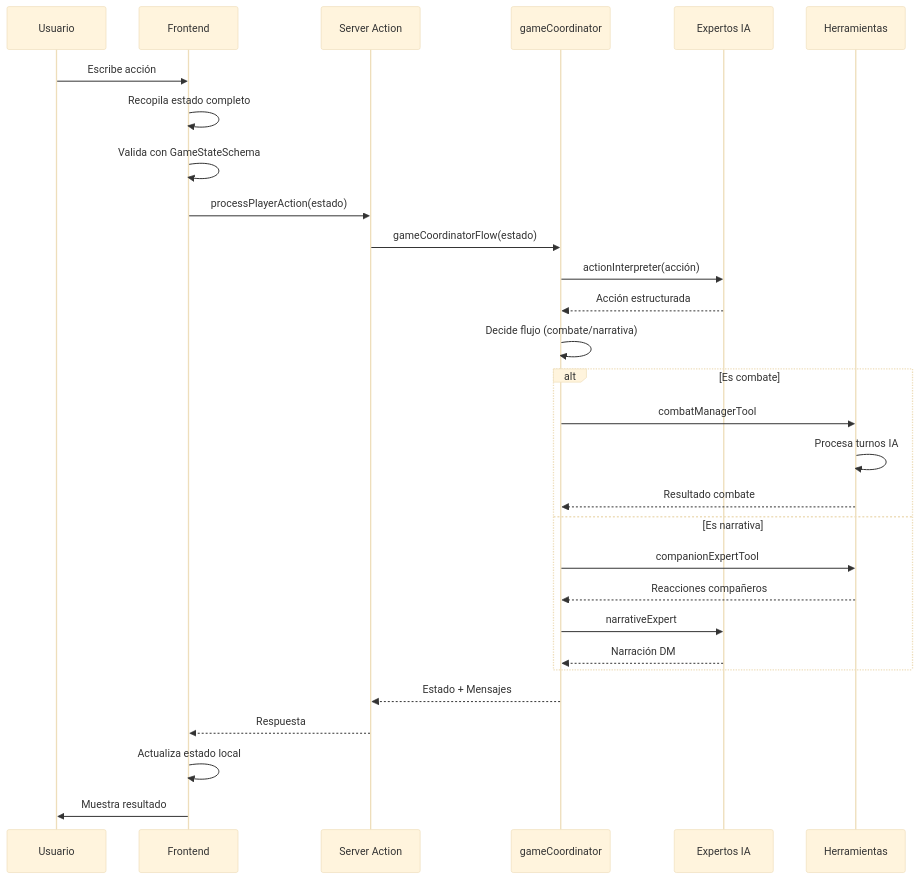
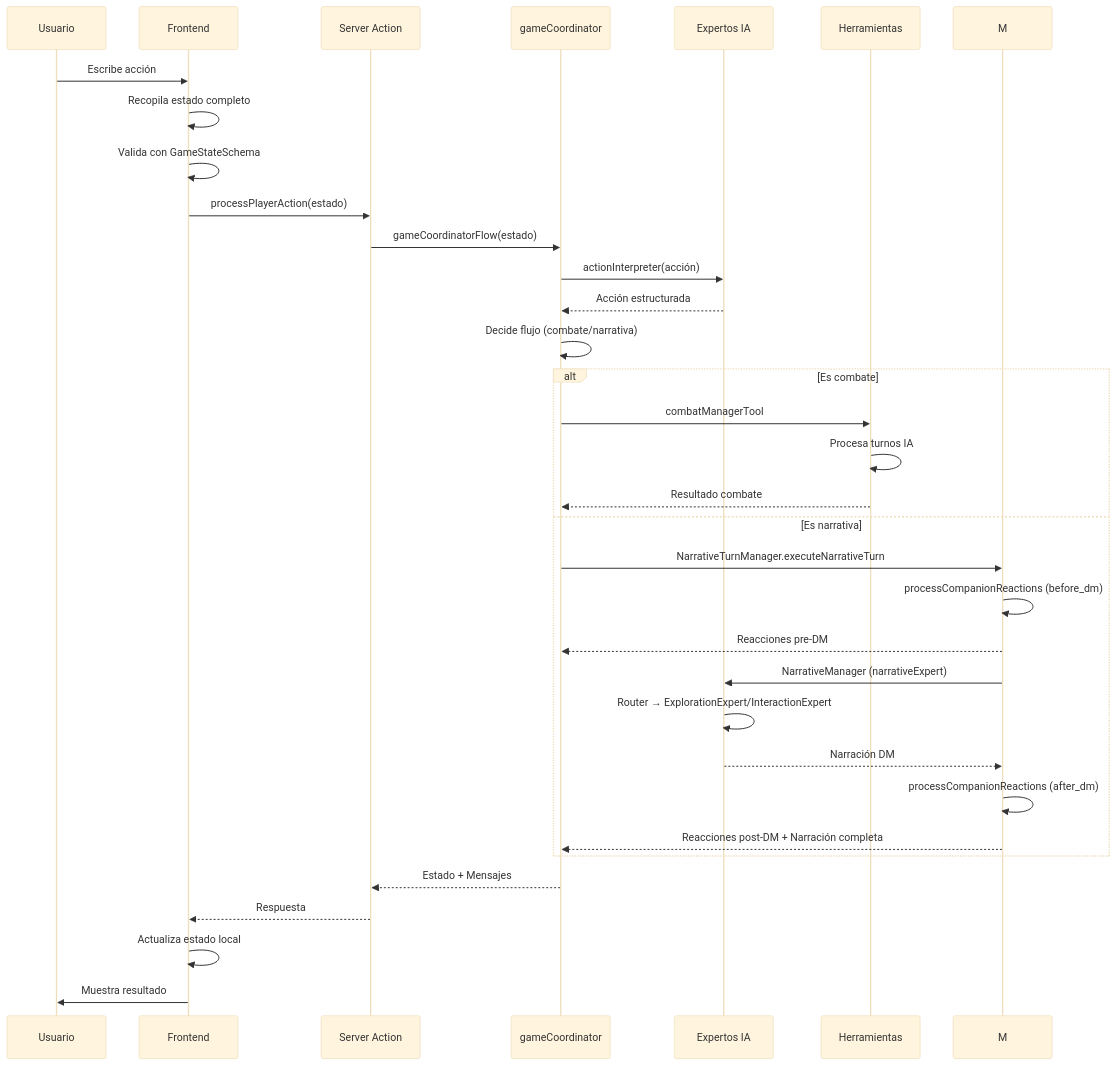
One commit to gaellendoiro-droid/DnD-Adventures-AI changed the first of 2 diagrams in docs/arquitectura/flujo-datos.md. Above: the diagram before and after it, drawn with Mermaid (base theme). The commit also changed other lines of this file and 24 other files, not shown here.

````diff
--- a/docs/arquitectura/flujo-datos.md
+++ b/docs/arquitectura/flujo-datos.md
@@ -7,32 +12,36 @@
 ```mermaid
 sequenceDiagram
     participant U as Usuario
     participant F as Frontend
     participant SA as Server Action
     participant GC as gameCoordinator
     participant AI as Expertos IA
     participant T as Herramientas
 
     U->>F: Escribe acción
     F->>F: Recopila estado completo
     F->>F: Valida con GameStateSchema
     F->>SA: processPlayerAction(estado)
     SA->>GC: gameCoordinatorFlow(estado)
     GC->>AI: actionInterpreter(acción)
     AI-->>GC: Acción estructurada
     GC->>GC: Decide flujo (combate/narrativa)
     alt Es combate
         GC->>T: combatManagerTool
         T->>T: Procesa turnos IA
         T-->>GC: Resultado combate
     else Es narrativa
-        GC->>T: companionExpertTool
-        T-->>GC: Reacciones compañeros
-        GC->>AI: narrativeExpert
-        AI-->>GC: Narración DM
+        GC->>M: NarrativeTurnManager.executeNarrativeTurn
+        M->>M: processCompanionReactions (before_dm)
+        M-->>GC: Reacciones pre-DM
+        M->>AI: NarrativeManager (narrativeExpert)
+        AI->>AI: Router → ExplorationExpert/InteractionExpert
+        AI-->>M: Narración DM
+        M->>M: processCompanionReactions (after_dm)
+        M-->>GC: Reacciones post-DM + Narración completa
     end
     GC-->>SA: Estado + Mensajes
     SA-->>F: Respuesta
     F->>F: Actualiza estado local
     F->>U: Muestra resultado
 ```
````
